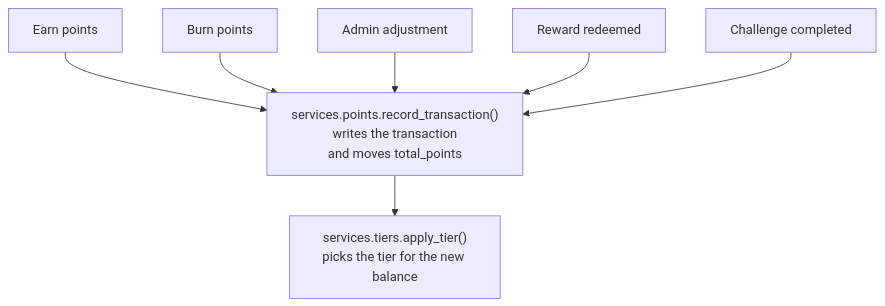
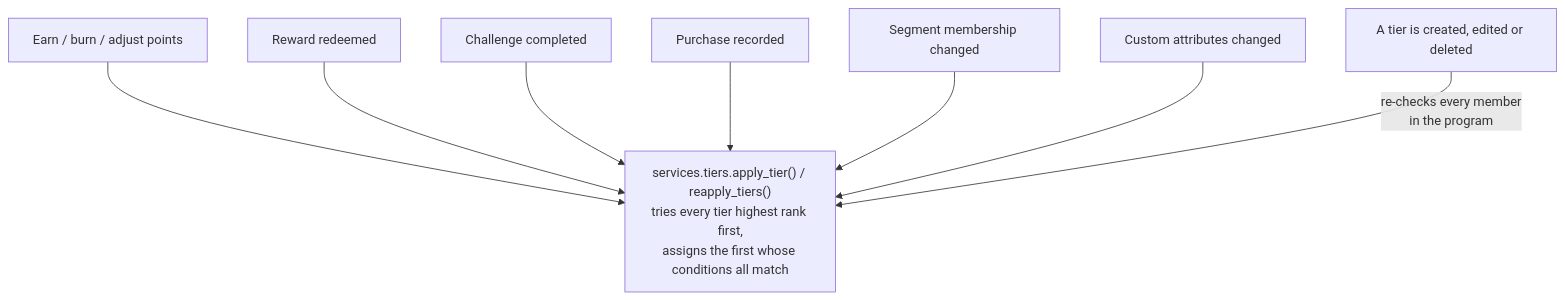
Before and after one commit to nikolamirilo/loyalty-engine: the second of 2 diagrams in api/README.md, drawn with Mermaid. The commit also changed other lines of this file and 40 other files, not shown here.

````diff
--- a/api/README.md
+++ b/api/README.md
@@ -174,18 +177,20 @@
 ```mermaid
 flowchart TB
-    Earn["Earn points"]
-    Burn["Burn points"]
-    Adjust["Admin adjustment"]
+    Earn["Earn / burn / adjust points"]
     Redeem["Reward redeemed"]
     Challenge["Challenge completed"]
+    Purchase["Purchase recorded"]
+    Segment["Segment membership changed"]
+    Attr["Custom attributes changed"]
+    TierEdit["A tier is created, edited or deleted"]
 
-    RT["services.points.record_transaction()<br/>writes the transaction<br/>and moves total_points"]
-    AT["services.tiers.apply_tier()<br/>picks the tier for the new balance"]
+    AT["services.tiers.apply_tier() / reapply_tiers()<br/>tries every tier highest rank first,<br/>assigns the first whose conditions all match"]
 
-    Earn --> RT
-    Burn --> RT
-    Adjust --> RT
-    Redeem --> RT
-    Challenge --> RT
-    RT --> AT
+    Earn --> AT
+    Redeem --> AT
+    Challenge --> AT
+    Purchase --> AT
+    Segment --> AT
+    Attr --> AT
+    TierEdit -->|"re-checks every member<br/>in the program"| AT
 ```
````
